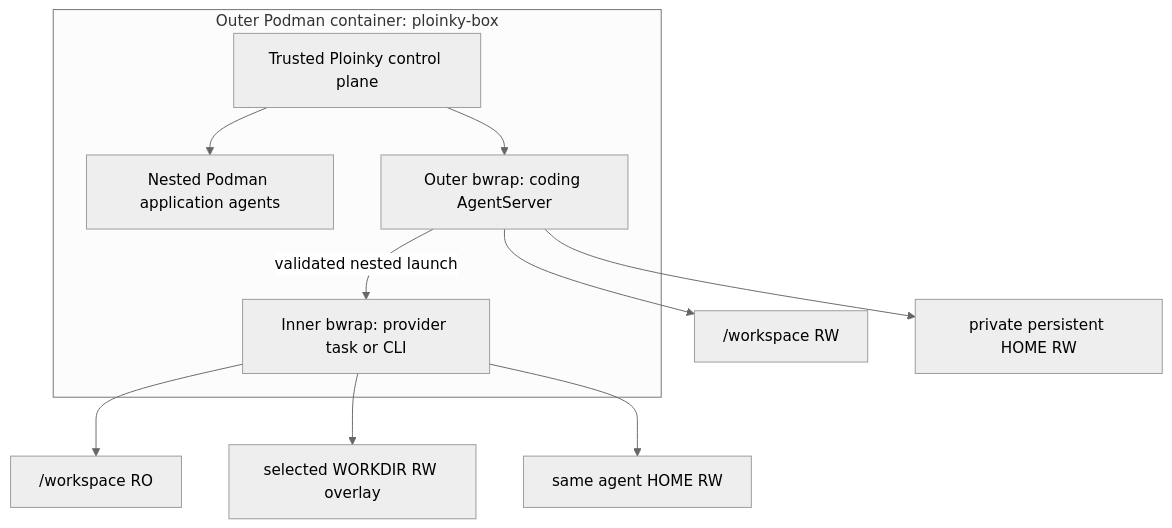
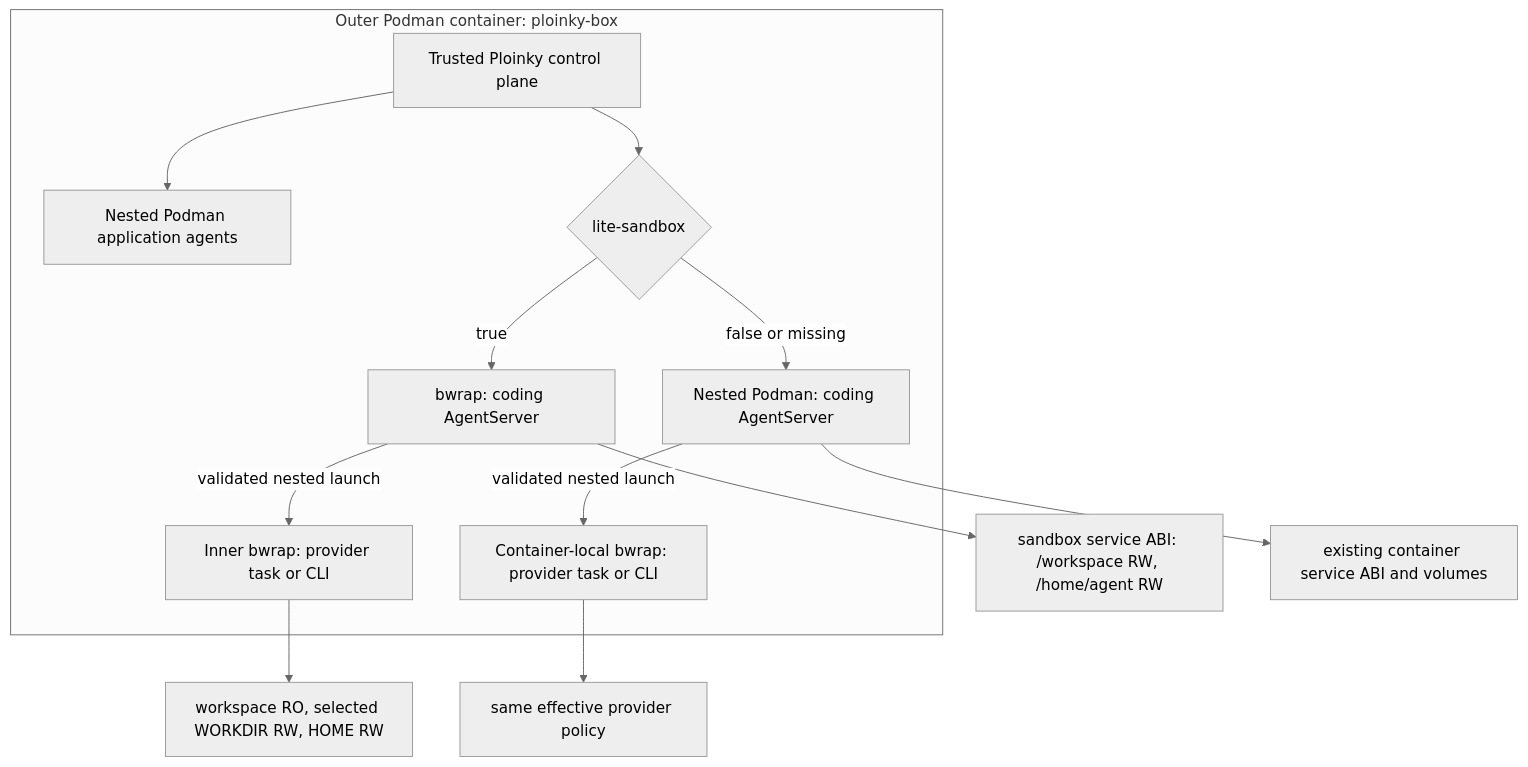
Before and after one commit to PloinkyRepos/file-parser: the fifth of 7 diagrams in BWRAP_CODING_AGENTS_ARCHITECTURE.md, drawn with Mermaid (neutral theme). The commit also changed other lines of this file and 1 other file, not shown here.

````diff
--- a/BWRAP_CODING_AGENTS_ARCHITECTURE.md
+++ b/BWRAP_CODING_AGENTS_ARCHITECTURE.md
@@ -372,19 +378,24 @@
 ```mermaid
 flowchart TB
     subgraph BOX["Outer Podman container: ploinky-box"]
         CP["Trusted Ploinky control plane"]
         CA["Nested Podman application agents"]
-        AS["Outer bwrap: coding AgentServer"]
-        IP["Inner bwrap: provider task or CLI"]
+        SEL{"lite-sandbox"}
+        BS["bwrap: coding AgentServer"]
+        PS["Nested Podman: coding AgentServer"]
+        IP1["Inner bwrap: provider task or CLI"]
+        IP2["Container-local bwrap: provider task or CLI"]
 
-        CP --> AS
         CP --> CA
-        AS -->|"validated nested launch"| IP
+        CP --> SEL
+        SEL -->|"true"| BS
+        SEL -->|"false or missing"| PS
+        BS -->|"validated nested launch"| IP1
+        PS -->|"validated nested launch"| IP2
     end
 
-    AS --> A1["/workspace RW"]
-    AS --> A2["private persistent HOME RW"]
-    IP --> P1["/workspace RO"]
-    IP --> P2["selected WORKDIR RW overlay"]
-    IP --> P3["same agent HOME RW"]
+    BS --> A1["sandbox service ABI: /workspace RW, /home/agent RW"]
+    PS --> A2["existing container service ABI and volumes"]
+    IP1 --> P1["workspace RO, selected WORKDIR RW, HOME RW"]
+    IP2 --> P2["same effective provider policy"]
 ```
````
